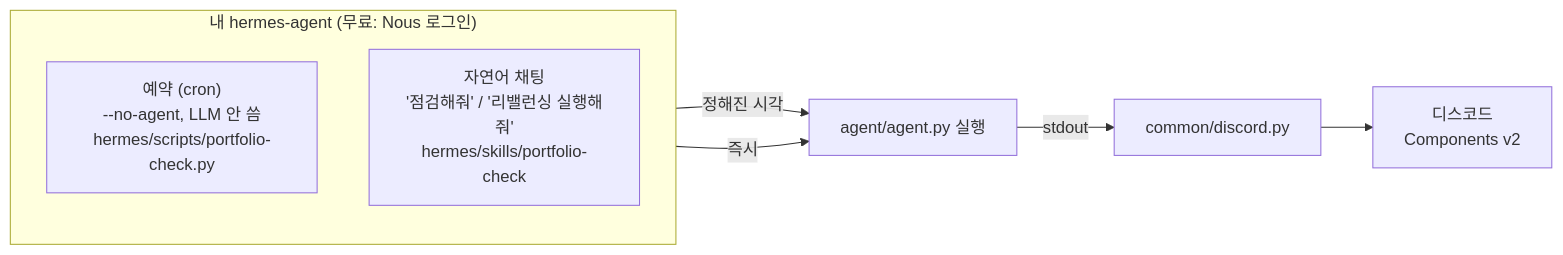
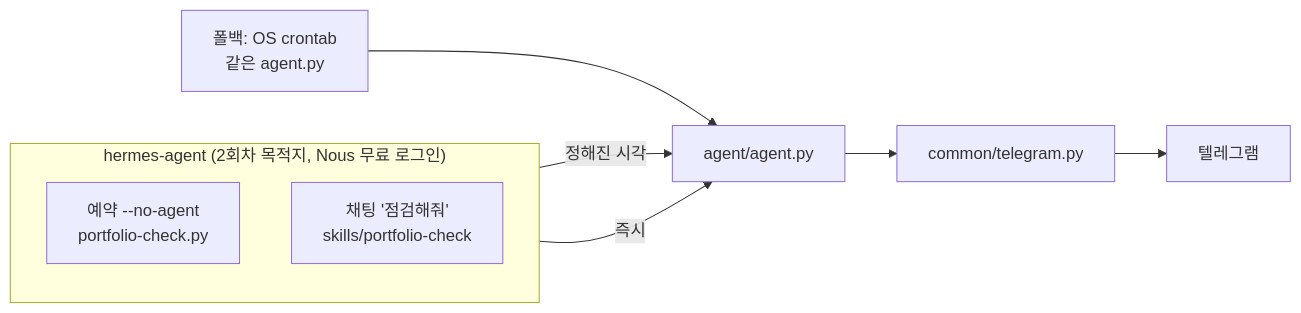
The third of 3 diagrams in lessons/참고/아키텍처.md (JungHoonGhae/thecamp-aitrading), drawn with Mermaid before and after one commit. The commit also changed other lines of this file and 9 other files, not shown here.

````diff
--- a/lessons/참고/아키텍처.md
+++ b/lessons/참고/아키텍처.md
@@ -37,12 +37,14 @@
 ```mermaid
 flowchart LR
-    subgraph 내_hermes["내 hermes-agent (무료: Nous 로그인)"]
+    subgraph 본편["hermes-agent (2회차 목적지, Nous 무료 로그인)"]
       direction TB
-      CRON["예약 (cron)<br/>--no-agent, LLM 안 씀<br/>hermes/scripts/portfolio-check.py"]
-      CHAT["자연어 채팅<br/>'점검해줘' / '리밸런싱 실행해줘'<br/>hermes/skills/portfolio-check"]
+      CRON["예약 --no-agent<br/>portfolio-check.py"]
+      CHAT["채팅 '점검해줘'<br/>skills/portfolio-check"]
     end
-    CRON -->|정해진 시각| RUN[agent/agent.py 실행]
+    FB[폴백: OS crontab<br/>같은 agent.py]
+    CRON -->|정해진 시각| RUN[agent/agent.py]
     CHAT -->|즉시| RUN
-    RUN -->|stdout| DC[common/discord.py]
-    DC --> DISCORD[디스코드<br/>Components v2]
+    FB --> RUN
+    RUN --> TG[common/telegram.py]
+    TG --> TELEGRAM[텔레그램]
 ```
````
